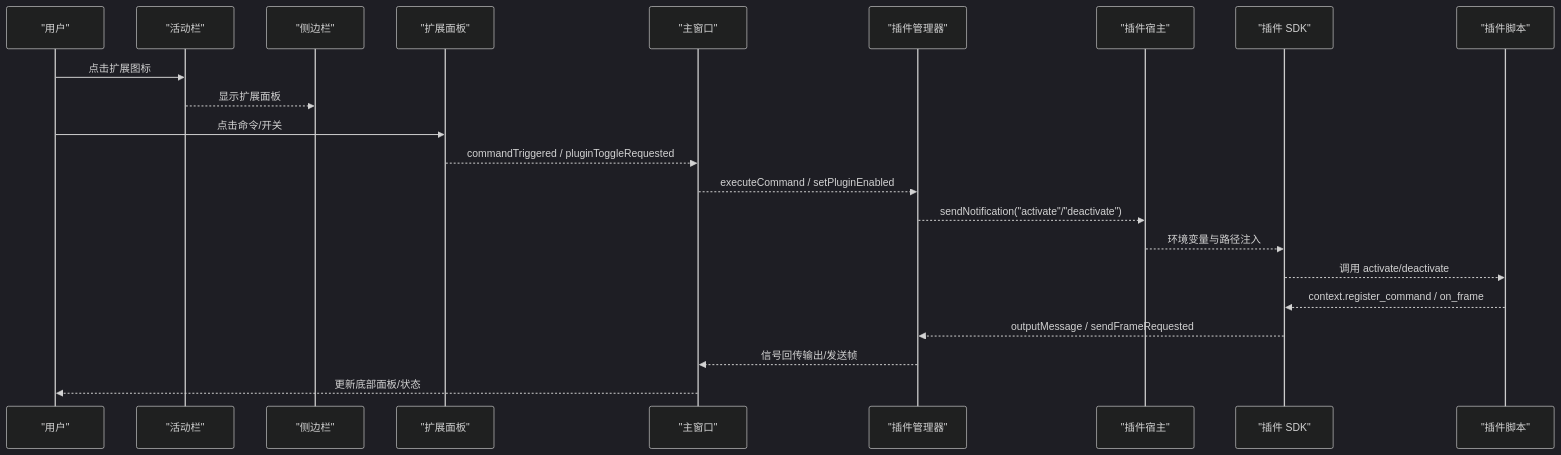
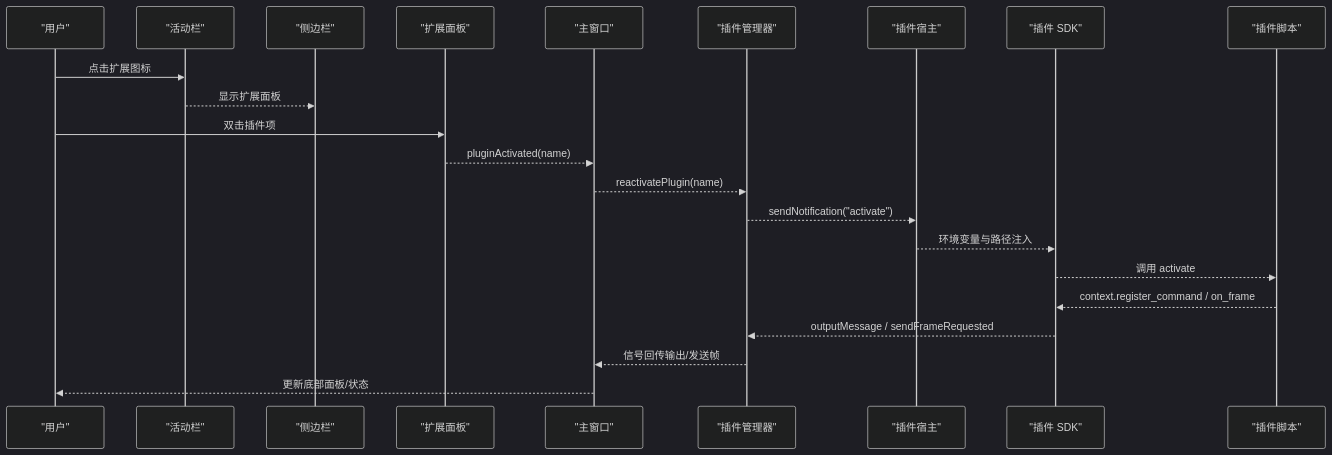
The second of 9 diagrams in .qoder/repowiki/zh/content/架构设计/插件系统架构/扩展面板系统.md (jakecai1225-design/OpenBus), drawn with Mermaid (dark theme) before and after one commit. The commit also changed other lines of this file and 5 other files, not shown here.

````diff
--- a/.qoder/repowiki/zh/content/架构设计/插件系统架构/扩展面板系统.md
+++ b/.qoder/repowiki/zh/content/架构设计/插件系统架构/扩展面板系统.md
@@ -109,24 +116,24 @@
 ```mermaid
 sequenceDiagram
 participant U as "用户"
 participant AB as "活动栏"
 participant SB as "侧边栏"
 participant EP as "扩展面板"
 participant MW as "主窗口"
 participant PM as "插件管理器"
 participant PH as "插件宿主"
 participant SDK as "插件 SDK"
 participant PL as "插件脚本"
 U->>AB : 点击扩展图标
 AB-->>SB : 显示扩展面板
-U->>EP : 点击命令/开关
-EP-->>MW : commandTriggered / pluginToggleRequested
-MW-->>PM : executeCommand / setPluginEnabled
-PM-->>PH : sendNotification("activate"/"deactivate")
+U->>EP : 双击插件项
+EP-->>MW : pluginActivated(name)
+MW-->>PM : reactivatePlugin(name)
+PM-->>PH : sendNotification("activate")
 PH-->>SDK : 环境变量与路径注入
-SDK-->>PL : 调用 activate/deactivate
+SDK-->>PL : 调用 activate
 PL-->>SDK : context.register_command / on_frame
 SDK-->>PM : outputMessage / sendFrameRequested
 PM-->>MW : 信号回传输出/发送帧
 MW-->>U : 更新底部面板/状态
 ```
````
